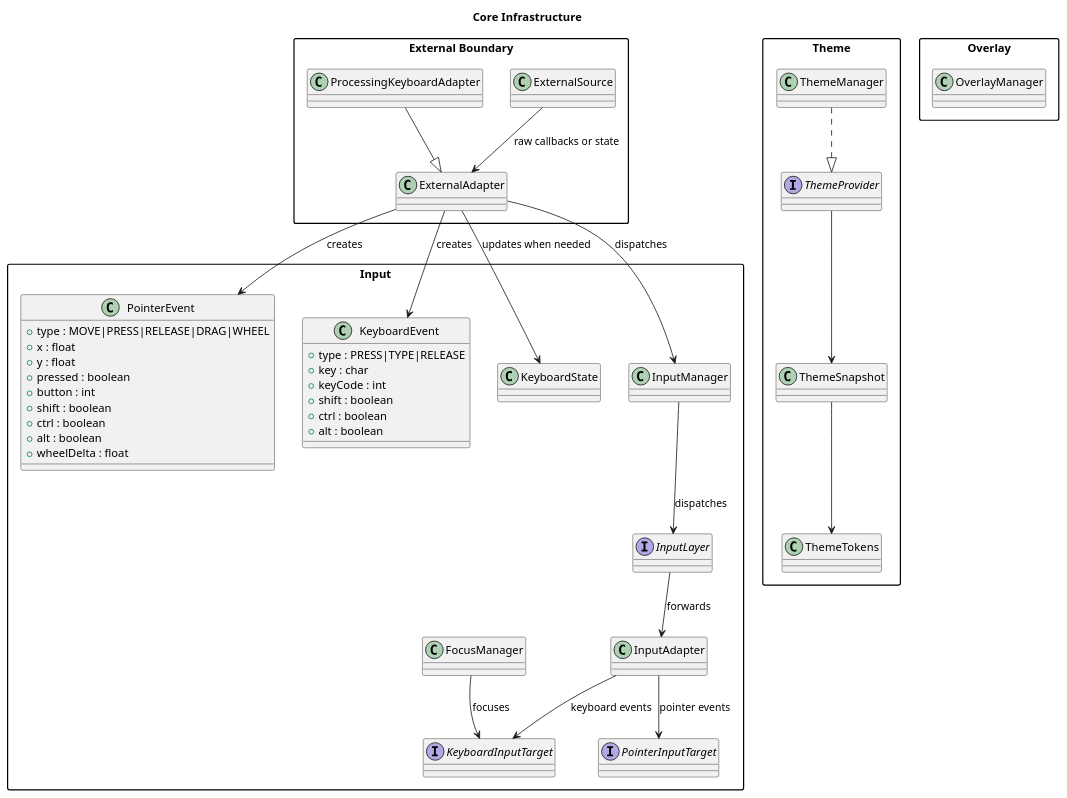
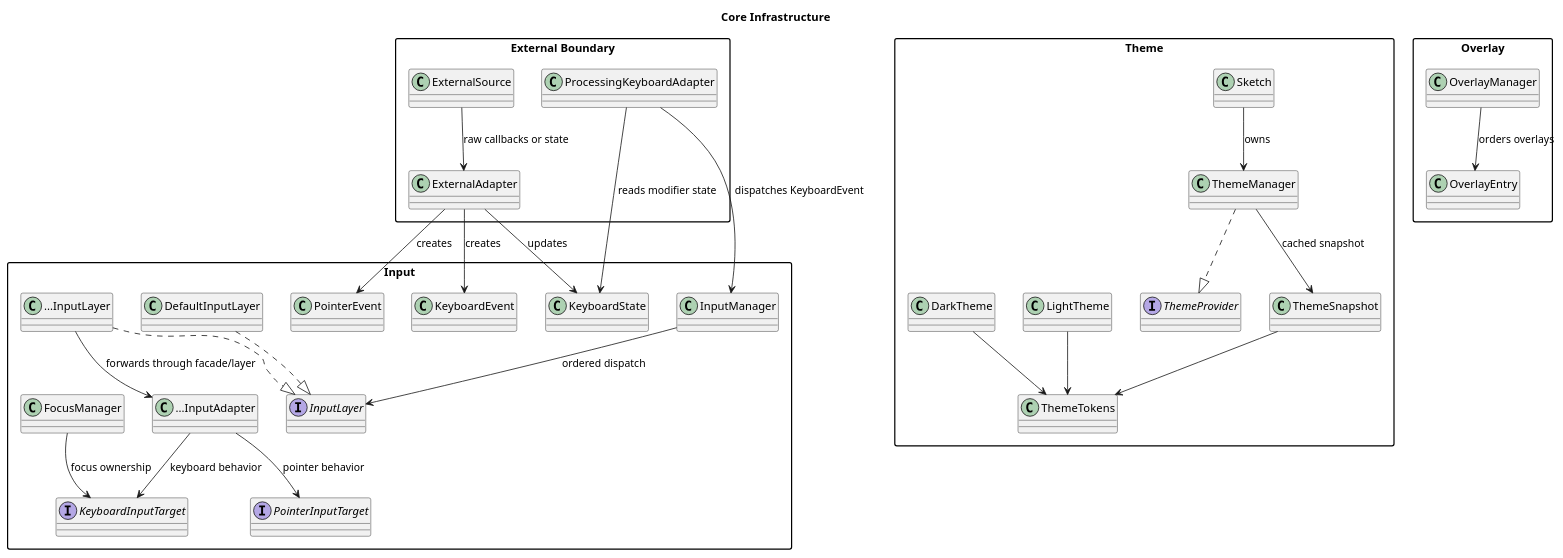
Before and after one commit to cdpoloz/cpz-mvvm-processing-controls: the diagram in docs/uml/infrastructure.puml, drawn with PlantUML. The commit also changed 251 other files, not shown here.

```diff
--- a/docs/uml/infrastructure.puml
+++ b/docs/uml/infrastructure.puml
@@ -1,68 +1,64 @@
 @startuml
 title Core Infrastructure
 skinparam packageStyle rectangle
 skinparam shadowing false
 
 package "External Boundary" {
   class ExternalSource
   class ExternalAdapter
   class ProcessingKeyboardAdapter
 }
 
 package "Input" {
-  class PointerEvent {
-    +type : MOVE|PRESS|RELEASE|DRAG|WHEEL
-    +x : float
-    +y : float
-    +pressed : boolean
-    +button : int
-    +shift : boolean
-    +ctrl : boolean
-    +alt : boolean
-    +wheelDelta : float
-  }
-  class KeyboardEvent {
-    +type : PRESS|TYPE|RELEASE
-    +key : char
-    +keyCode : int
-    +shift : boolean
-    +ctrl : boolean
-    +alt : boolean
-  }
+  class PointerEvent
+  class KeyboardEvent
   class KeyboardState
   class InputManager
   interface InputLayer
-  class InputAdapter
+  class DefaultInputLayer
+  class "...InputLayer" as ControlInputLayer
+  class "...InputAdapter" as ControlInputAdapter
   interface PointerInputTarget
   interface KeyboardInputTarget
   class FocusManager
 }
 
 package "Theme" {
+  class Sketch
   interface ThemeProvider
   class ThemeManager
   class ThemeSnapshot
   class ThemeTokens
+  class LightTheme
+  class DarkTheme
 }
 
 package "Overlay" {
   class OverlayManager
+  class OverlayEntry
 }
-
-ThemeManager ..|> ThemeProvider
-ThemeProvider --> ThemeSnapshot
-ThemeSnapshot --> ThemeTokens
 
 ExternalSource --> ExternalAdapter : raw callbacks or state
 ExternalAdapter --> PointerEvent : creates
 ExternalAdapter --> KeyboardEvent : creates
-ExternalAdapter --> KeyboardState : updates when needed
-ExternalAdapter --> InputManager : dispatches
-ProcessingKeyboardAdapter --|> ExternalAdapter
+ExternalAdapter --> KeyboardState : updates
+ProcessingKeyboardAdapter --> KeyboardState : reads modifier state
+ProcessingKeyboardAdapter --> InputManager : dispatches KeyboardEvent
 
-InputManager --> InputLayer : dispatches
-InputLayer --> InputAdapter : forwards
-InputAdapter --> PointerInputTarget : pointer events
-InputAdapter --> KeyboardInputTarget : keyboard events
-FocusManager --> KeyboardInputTarget : focuses
+InputManager --> InputLayer : ordered dispatch
+DefaultInputLayer ..|> InputLayer
+ControlInputLayer ..|> InputLayer
+ControlInputLayer --> ControlInputAdapter : forwards through facade/layer
+ControlInputAdapter --> PointerInputTarget : pointer behavior
+ControlInputAdapter --> KeyboardInputTarget : keyboard behavior
+FocusManager --> KeyboardInputTarget : focus ownership
+
+Sketch --> ThemeManager : owns
+ThemeManager ..|> ThemeProvider
+ThemeManager --> ThemeSnapshot : cached snapshot
+ThemeSnapshot --> ThemeTokens
+LightTheme --> ThemeTokens
+DarkTheme --> ThemeTokens
+
+OverlayManager --> OverlayEntry : orders overlays
 @enduml
```
